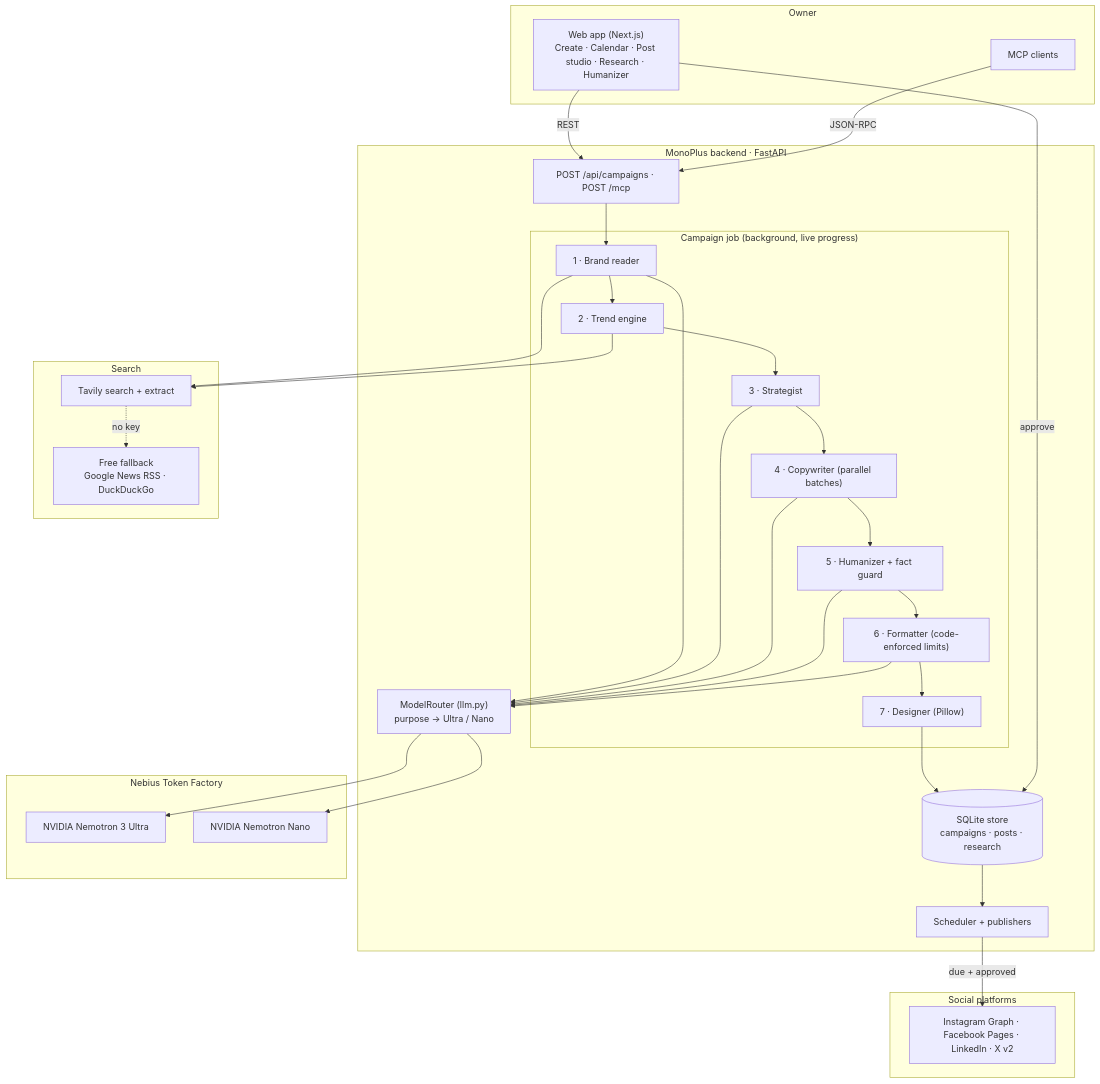
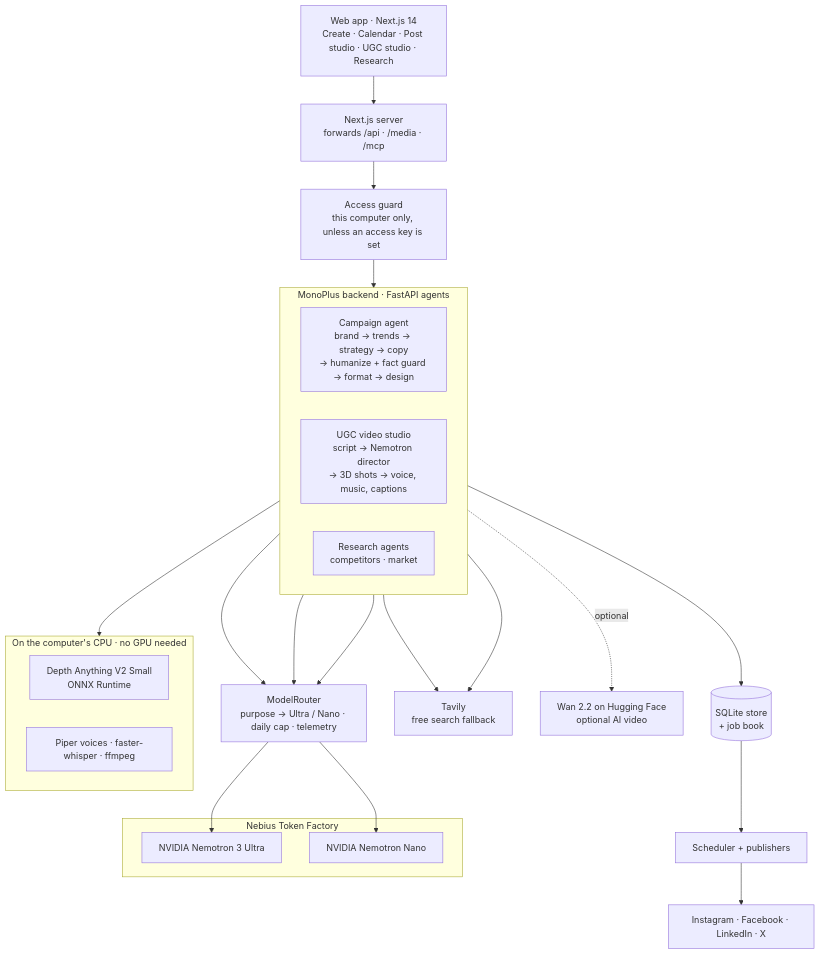
One commit to HadiaIshtiaqq/MonoPulse-AI changed the first of 2 diagrams in README.md. Above: the diagram before and after it, drawn with Mermaid. The commit also changed other lines of this file and 7 other files, not shown here.

First line of the commit message:
A submission-ready README with architecture diagrams and screenshots

````diff
--- a/README.md
+++ b/README.md
@@ -63,50 +102,43 @@
 ```mermaid
 flowchart TB
-    subgraph Client["Owner"]
-        U1["Web app (Next.js)<br/>Create · Calendar · Post studio · Research · Humanizer"]
-        U2["MCP clients"]
+    UI["Web app · Next.js 14<br/>Create · Calendar · Post studio · UGC studio · Research"]
+    PX["Next.js server<br/>forwards /api · /media · /mcp"]
+    GATE["Access guard<br/>this computer only, unless an access key is set"]
+
+    subgraph Agents["MonoPlus backend · FastAPI agents"]
+        direction LR
+        CAMP["Campaign agent<br/>brand → trends → strategy → copy<br/>→ humanize + fact guard → format → design"]
+        UGC["UGC video studio<br/>script → Nemotron director<br/>→ 3D shots → voice, music, captions"]
+        RES["Research agents<br/>competitors · market"]
     end
 
-    subgraph Backend["MonoPlus backend · FastAPI"]
-        A0["POST /api/campaigns · POST /mcp"]
-        subgraph Pipeline["Campaign job (background, live progress)"]
-            P1["1 · Brand reader"]
-            P2["2 · Trend engine"]
-            P3["3 · Strategist"]
-            P4["4 · Copywriter (parallel batches)"]
-            P5["5 · Humanizer + fact guard"]
-            P6["6 · Formatter (code-enforced limits)"]
-            P7["7 · Designer (Pillow)"]
-        end
-        R1["ModelRouter (llm.py)<br/>purpose → Ultra / Nano"]
-        S1["Scheduler + publishers"]
-        D1[("SQLite store<br/>campaigns · posts · research")]
-    end
+    ROUTER["ModelRouter<br/>purpose → Ultra / Nano · daily cap · telemetry"]
 
     subgraph Nebius["Nebius Token Factory"]
         N1["NVIDIA Nemotron 3 Ultra"]
         N2["NVIDIA Nemotron Nano"]
     end
 
-    subgraph Search["Search"]
-        T1["Tavily search + extract"]
-        T2["Free fallback<br/>Google News RSS · DuckDuckGo"]
+    subgraph CPU["On the computer's CPU · no GPU needed"]
+        L1["Depth Anything V2 Small<br/>ONNX Runtime"]
+        L2["Piper voices · faster-whisper · ffmpeg"]
     end
 
-    subgraph Social["Social platforms"]
-        X1["Instagram Graph · Facebook Pages · LinkedIn · X v2"]
-    end
+    SEARCH["Tavily<br/>free search fallback"]
+    HF["Wan 2.2 on Hugging Face<br/>optional AI video"]
+    DB[("SQLite store<br/>+ job book")]
+    PUB["Scheduler + publishers"]
+    SOC["Instagram · Facebook · LinkedIn · X"]
 
-    U1 -->|REST| A0
-    U2 -->|JSON-RPC| A0
-    A0 --> P1 --> P2 --> P3 --> P4 --> P5 --> P6 --> P7
-    P1 & P3 & P4 & P5 & P6 --> R1
-    R1 --> N1
-    R1 --> N2
-    P1 & P2 --> T1
-    T1 -.no key.-> T2
-    P7 --> D1
-    U1 -->|approve| D1
-    S1 -->|due + approved| X1
-    D1 --> S1
+    UI --> PX --> GATE --> Agents
+    CAMP --> ROUTER
+    UGC --> ROUTER
+    RES --> ROUTER
+    ROUTER --> N1
+    ROUTER --> N2
+    CAMP --> SEARCH
+    RES --> SEARCH
+    UGC --> CPU
+    UGC -.optional.-> HF
+    Agents --> DB --> PUB --> SOC
 ```
````
